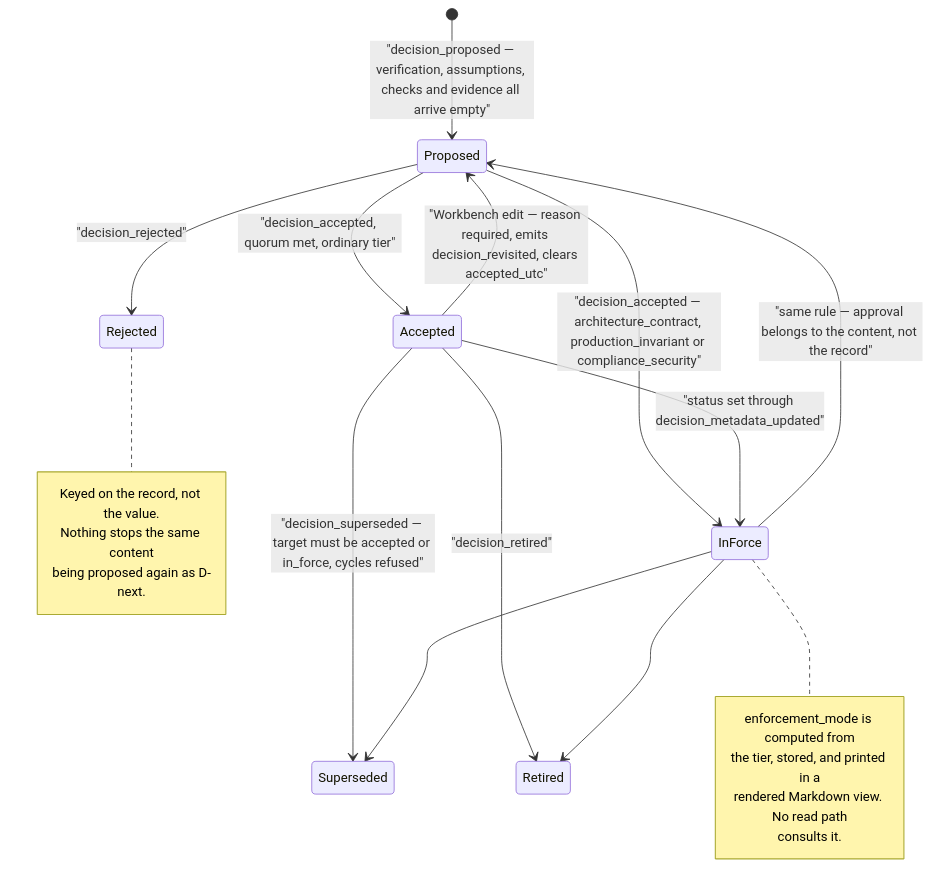
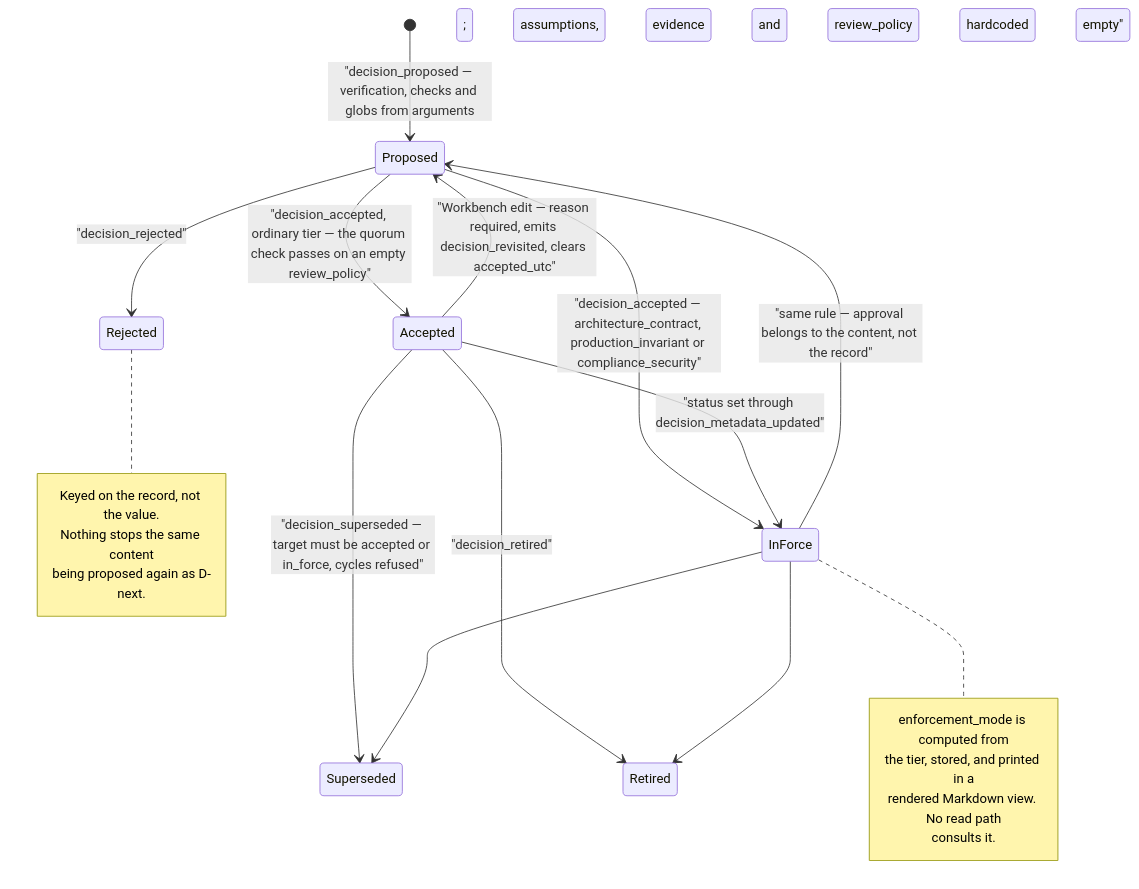
Before and after one commit to neoneye/agent-memory-atlas: the diagram in content/systems/agent-mesh.md, drawn with Mermaid. The commit also changed other lines of this file and 22 other files, not shown here.

````diff
--- a/content/systems/agent-mesh.md
+++ b/content/systems/agent-mesh.md
@@ -137,27 +155,27 @@
 ```mermaid
 stateDiagram-v2
-    [*] --> Proposed: "decision_proposed — verification, assumptions, checks and evidence all arrive empty"
-    Proposed --> Accepted: "decision_accepted, quorum met, ordinary tier"
+    [*] --> Proposed: "decision_proposed — verification, checks and globs from arguments; assumptions, evidence and review_policy hardcoded empty"
+    Proposed --> Accepted: "decision_accepted, ordinary tier — the quorum check passes on an empty review_policy"
     Proposed --> InForce: "decision_accepted — architecture_contract, production_invariant or compliance_security"
     Proposed --> Rejected: "decision_rejected"
     Accepted --> InForce: "status set through decision_metadata_updated"
     Accepted --> Proposed: "Workbench edit — reason required, emits decision_revisited, clears accepted_utc"
     InForce --> Proposed: "same rule — approval belongs to the content, not the record"
     Accepted --> Superseded: "decision_superseded — target must be accepted or in_force, cycles refused"
     InForce --> Superseded
     Accepted --> Retired: "decision_retired"
     InForce --> Retired
 
     note right of Rejected
         Keyed on the record, not the value.
         Nothing stops the same content
         being proposed again as D-next.
     end note
 
     note right of InForce
         enforcement_mode is computed from
         the tier, stored, and printed in a
         rendered Markdown view. No read path
         consults it.
     end note
 ```
````
